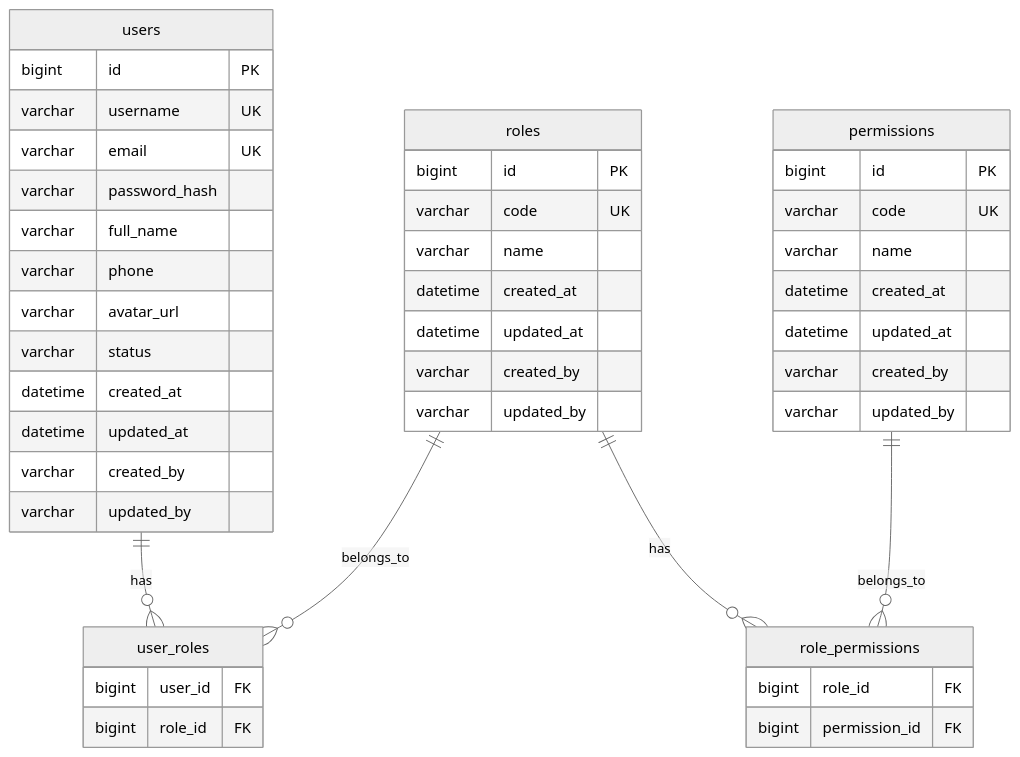
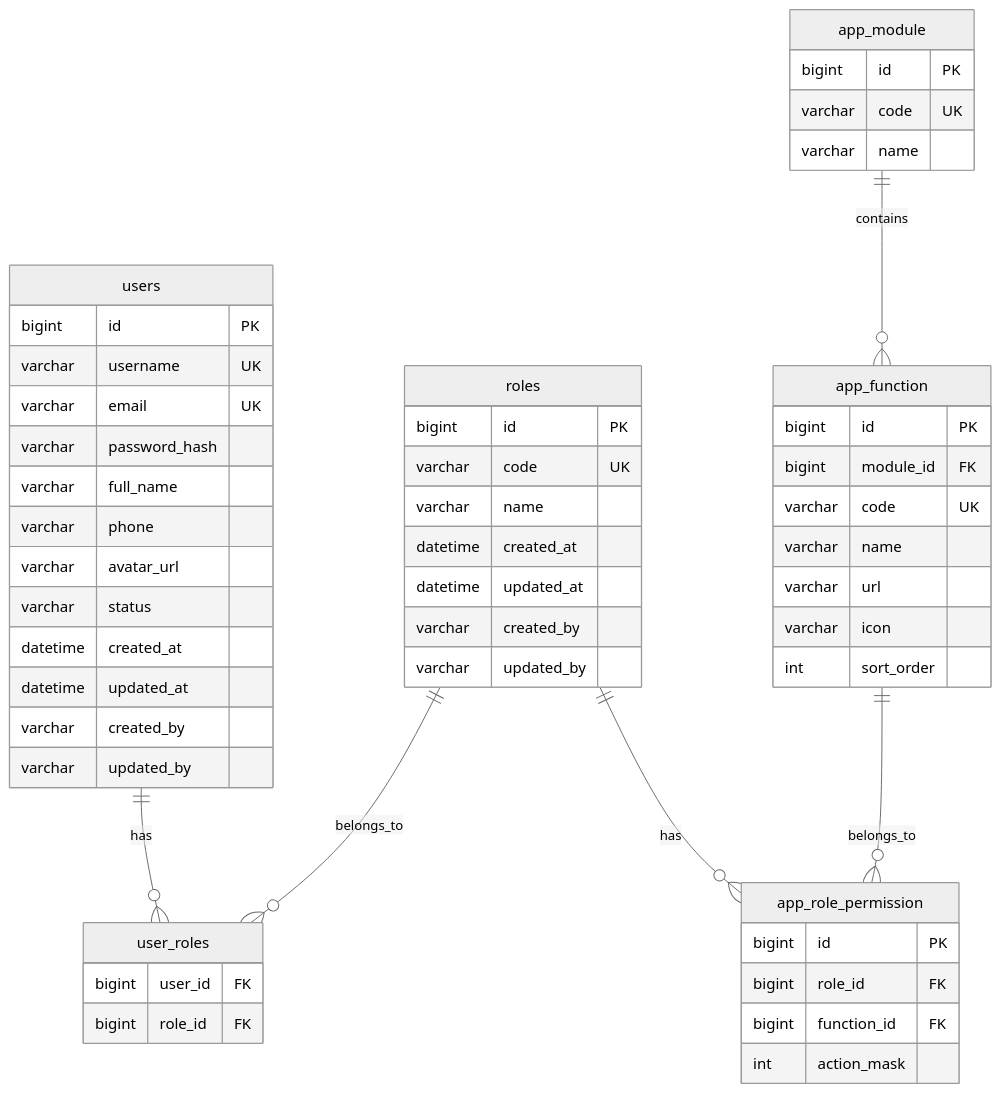
The diagram in docs/ERD.md (GinNgo/He-thong-quan-ly-khach-san), drawn with Mermaid (neutral theme) before and after one commit. The commit also changed other lines of this file and 37 other files, not shown here.

````diff
--- a/docs/ERD.md
+++ b/docs/ERD.md
@@ -5,52 +5,61 @@
 ```mermaid
 erDiagram
     users {
         bigint id PK
         varchar username UK
         varchar email UK
         varchar password_hash
         varchar full_name
         varchar phone
         varchar avatar_url
         varchar status
         datetime created_at
         datetime updated_at
         varchar created_by
         varchar updated_by
     }
 
     roles {
         bigint id PK
         varchar code UK
         varchar name
         datetime created_at
         datetime updated_at
         varchar created_by
         varchar updated_by
     }
 
-    permissions {
+    app_module {
         bigint id PK
         varchar code UK
         varchar name
-        datetime created_at
-        datetime updated_at
-        varchar created_by
-        varchar updated_by
+    }
+
+    app_function {
+        bigint id PK
+        bigint module_id FK
+        varchar code UK
+        varchar name
+        varchar url
+        varchar icon
+        int sort_order
     }
 
     user_roles {
         bigint user_id FK
         bigint role_id FK
     }
 
-    role_permissions {
+    app_role_permission {
+        bigint id PK
         bigint role_id FK
-        bigint permission_id FK
+        bigint function_id FK
+        int action_mask
     }
 
     users ||--o{ user_roles : has
     roles ||--o{ user_roles : belongs_to
-    roles ||--o{ role_permissions : has
-    permissions ||--o{ role_permissions : belongs_to
+    app_module ||--o{ app_function : contains
+    roles ||--o{ app_role_permission : has
+    app_function ||--o{ app_role_permission : belongs_to
 ```
````
